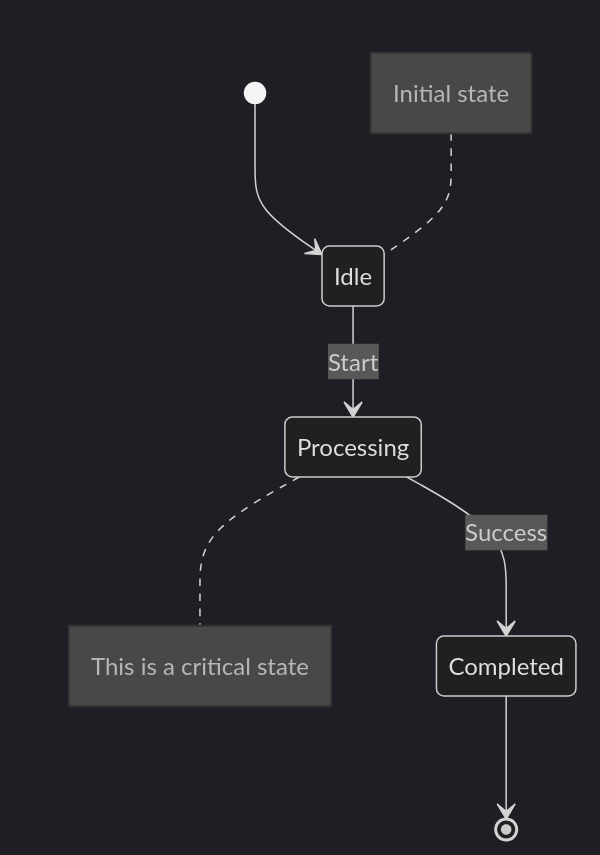
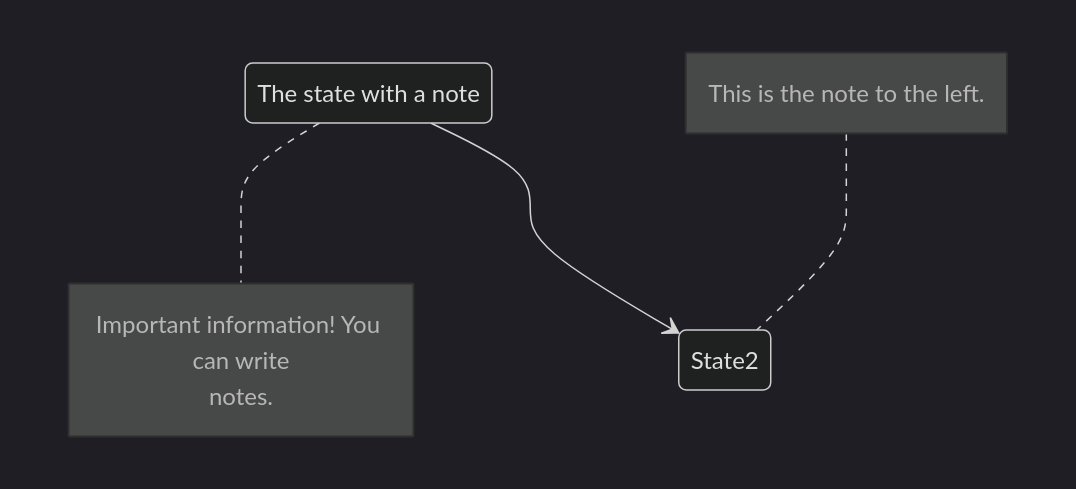
Before and after one commit to teachingai/full-stack-skills: diagram 12 of 19 in skills/mermaid/examples/state.md, drawn with Mermaid (dark theme). The commit also changed other lines of this file and 21 other files, not shown here.

First line of the commit message:
docs(mermaid): 更新架构、块、C4和类图示例文档

````diff
--- a/skills/mermaid/examples/state.md
+++ b/skills/mermaid/examples/state.md
@@ -122,10 +187,10 @@
 ```mermaid
 stateDiagram-v2
-    [*] --> Idle
-    Idle --> Processing : Start
-    Processing --> Completed : Success
-    Completed --> [*]
-
-    note right of Processing : This is a critical state
-    note left of Idle : Initial state
+    State1: The state with a note
+    note right of State1
+        Important information! You can write
+        notes.
+    end note
+    State1 --> State2
+    note left of State2 : This is the note to the left.
 ```
````
